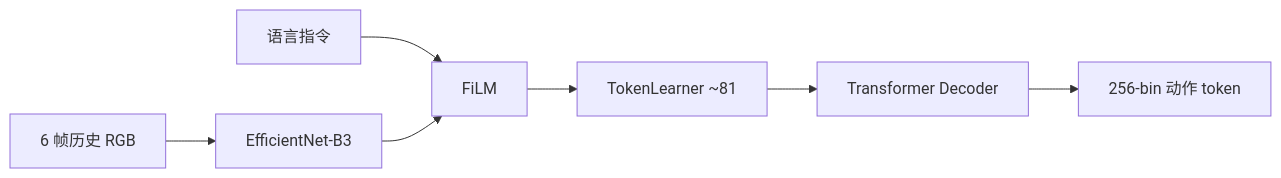
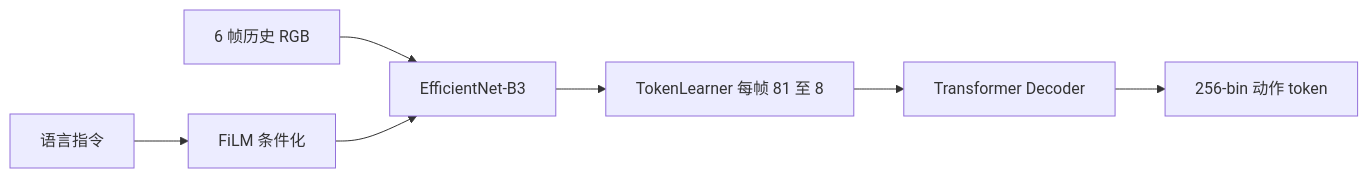
One commit to ImChong/Robotics_Notebooks changed the diagram in wiki/entities/paper-rt-1.md. Above: the diagram before and after it, drawn with Mermaid. The commit also changed other lines of this file, not shown here.

````diff
--- a/wiki/entities/paper-rt-1.md
+++ b/wiki/entities/paper-rt-1.md
@@ -80,9 +80,9 @@
 ```mermaid
 flowchart LR
   img[6 帧历史 RGB] --> enc[EfficientNet-B3]
-  lang[语言指令] --> film[FiLM]
-  enc --> film
-  film --> tl[TokenLearner ~81]
+  lang[语言指令] --> film[FiLM 条件化]
+  film --> enc
+  enc --> tl[TokenLearner 每帧 81 至 8]
   tl --> dec[Transformer Decoder]
   dec --> act[256-bin 动作 token]
 ```
````
